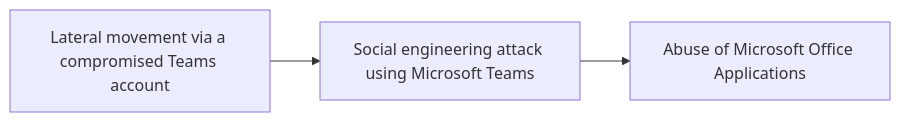
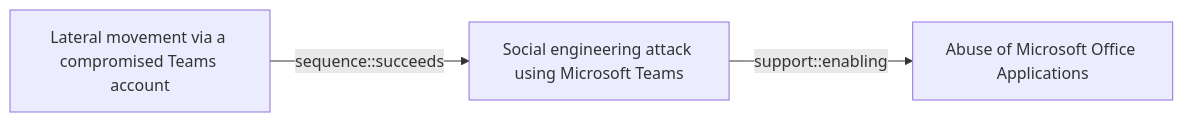
One commit to opentidehq/library changed the diagram in docs/threats/lateral-movement-via-a-compromised-teams-account.md. Above: the diagram before and after it, drawn with Mermaid. The commit also changed other lines of this file and 277 other files, not shown here.

````diff
--- a/docs/threats/lateral-movement-via-a-compromised-teams-account.md
+++ b/docs/threats/lateral-movement-via-a-compromised-teams-account.md
@@ -58,8 +90,8 @@
 ```mermaid
 flowchart LR
 cc9003f7_a9e3_4407_a1ca_d514af469787["Lateral movement via a compromised Teams account"]
 06c60af1_5fa8_493c_bf9b_6b2e215819f1["Social engineering attack using Microsoft Teams"]
 b663b684_a80f_4570_89b6_2f7faa16fece["Abuse of Microsoft Office Applications"]
-cc9003f7_a9e3_4407_a1ca_d514af469787 --> 06c60af1_5fa8_493c_bf9b_6b2e215819f1
-06c60af1_5fa8_493c_bf9b_6b2e215819f1 --> b663b684_a80f_4570_89b6_2f7faa16fece
+cc9003f7_a9e3_4407_a1ca_d514af469787 -->|sequence::succeeds| 06c60af1_5fa8_493c_bf9b_6b2e215819f1
+06c60af1_5fa8_493c_bf9b_6b2e215819f1 -->|support::enabling| b663b684_a80f_4570_89b6_2f7faa16fece
 ```
````
